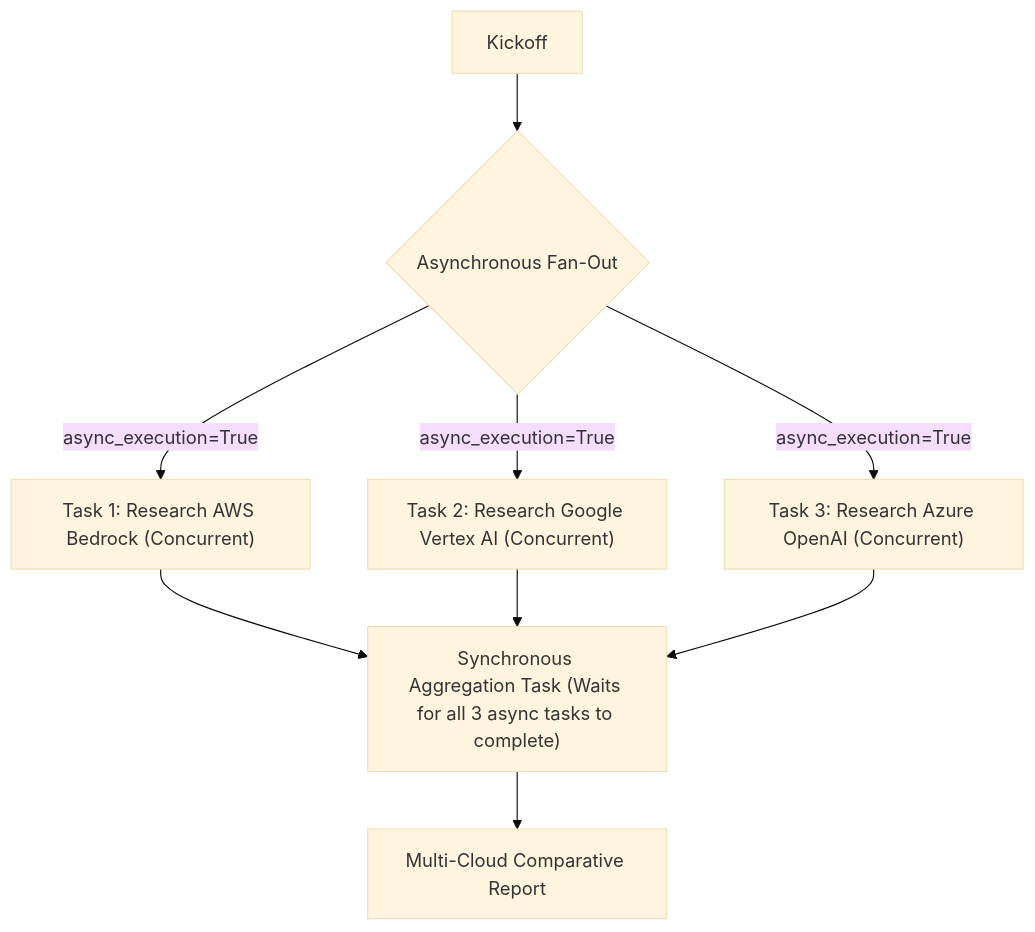
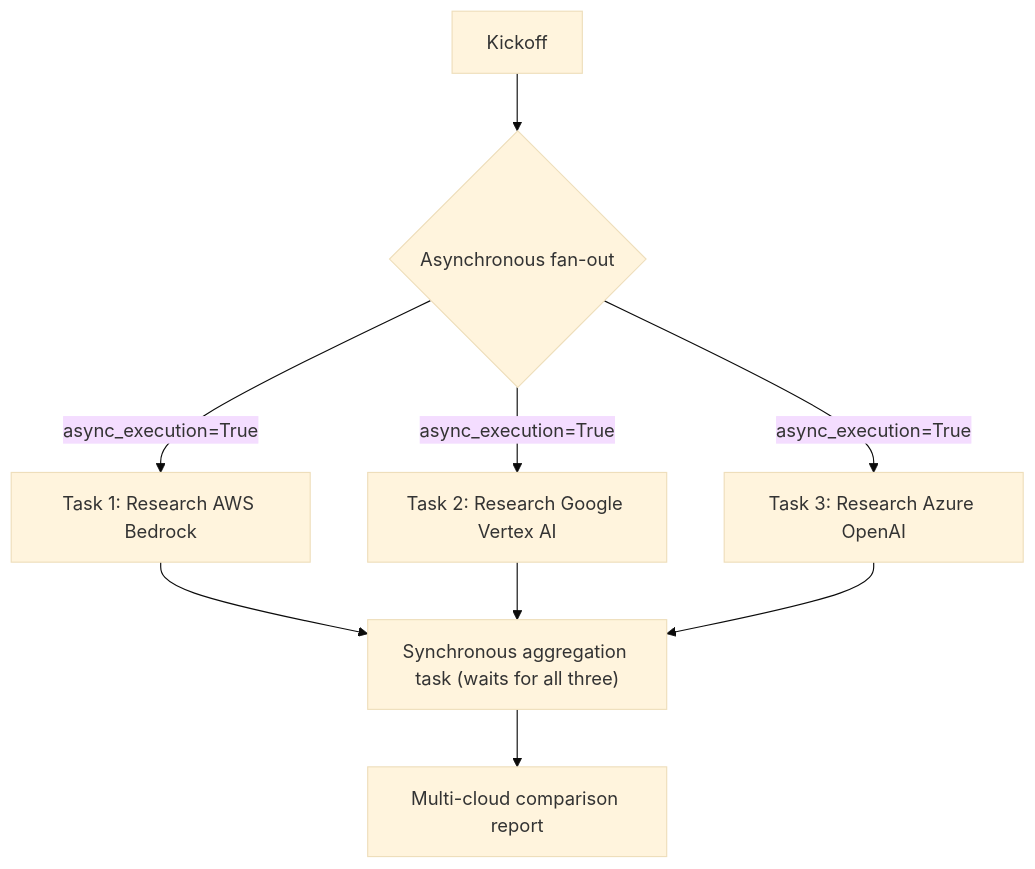
Diagram 19 of 27 in README.md (TheLearningHubOrg/learn-crewai), drawn with Mermaid (base theme) before and after one commit. The commit also changed other lines of this file and 32 other files, not shown here.

````diff
--- a/README.md
+++ b/README.md
@@ -569,11 +1485,9 @@
 ```mermaid
 flowchart TD
-    Start["Kickoff"] --> FanOut{"Asynchronous Fan-Out"}
-    
-    FanOut -->|"async_execution=True"| AT1["Task 1: Research AWS Bedrock (Concurrent)"]
-    FanOut -->|"async_execution=True"| AT2["Task 2: Research Google Vertex AI (Concurrent)"]
-    FanOut -->|"async_execution=True"| AT3["Task 3: Research Azure OpenAI (Concurrent)"]
-    
-    AT1 & AT2 & AT3 --> FanIn["Synchronous Aggregation Task (Waits for all 3 async tasks to complete)"]
-    FanIn --> FinalReport["Multi-Cloud Comparative Report"]
+    Start["Kickoff"] --> FanOut{"Asynchronous fan-out"}
+    FanOut -->|"async_execution=True"| AT1["Task 1: Research AWS Bedrock"]
+    FanOut -->|"async_execution=True"| AT2["Task 2: Research Google Vertex AI"]
+    FanOut -->|"async_execution=True"| AT3["Task 3: Research Azure OpenAI"]
+    AT1 & AT2 & AT3 --> FanIn["Synchronous aggregation task (waits for all three)"]
+    FanIn --> FinalReport["Multi-cloud comparison report"]
 ```
````
